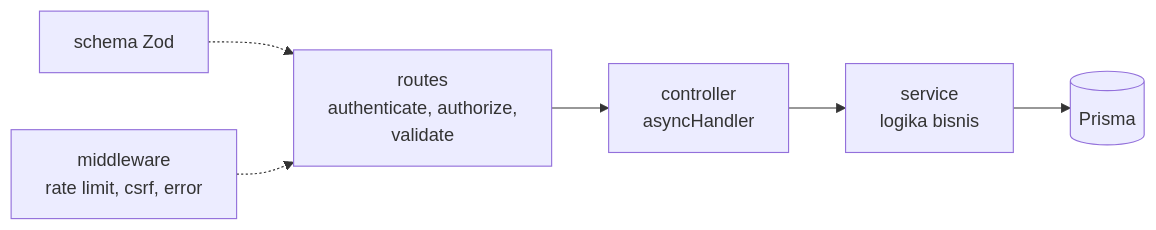
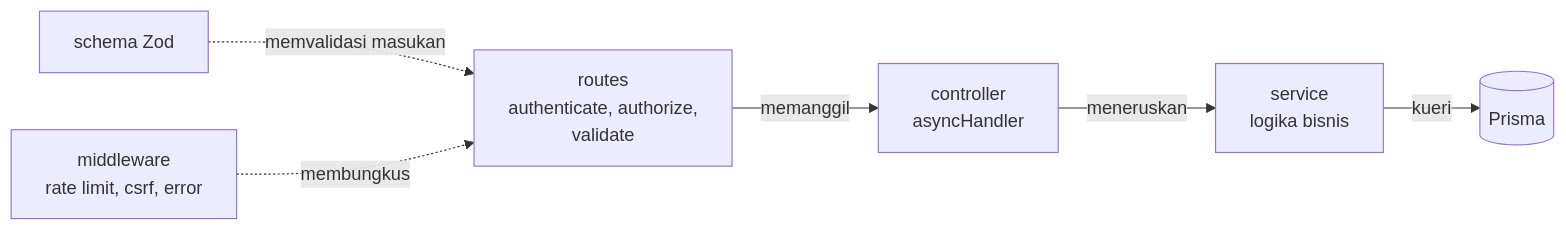
Before and after one commit to ypcipansor/cipansor: the fourth of 11 diagrams in docs/dokumen-aplikasi/dokumen-teknis-cipansor.md, drawn with Mermaid. The commit also changed other lines of this file and 68 other files, not shown here.

````diff
--- a/docs/dokumen-aplikasi/dokumen-teknis-cipansor.md
+++ b/docs/dokumen-aplikasi/dokumen-teknis-cipansor.md
@@ -207,9 +239,9 @@
 ```mermaid
-%% caption: Lapisan modul API — satu permintaan dari rute sampai basis data
+%% caption: Lapisan satu modul API — satu permintaan dari rute sampai basis data
 flowchart LR
-  R["routes<br/>authenticate, authorize,<br/>validate"] --> Ctl["controller<br/>asyncHandler"]
-  Ctl --> S["service<br/>logika bisnis"]
-  S --> P[("Prisma")]
-  Sch["schema Zod"] -.-> R
-  M["middleware<br/>rate limit, csrf, error"] -.-> R
+  R["routes<br/>authenticate, authorize,<br/>validate"] -->|"memanggil"| Ctl["controller<br/>asyncHandler"]
+  Ctl -->|"meneruskan"| S["service<br/>logika bisnis"]
+  S -->|"kueri"| P[("Prisma")]
+  Sch["schema Zod"] -.->|"memvalidasi masukan"| R
+  M["middleware<br/>rate limit, csrf, error"] -.->|"membungkus"| R
 ```
````
